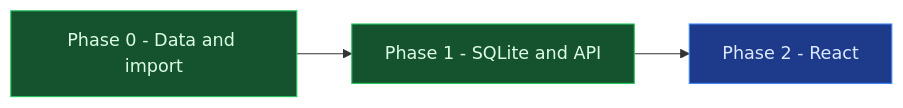
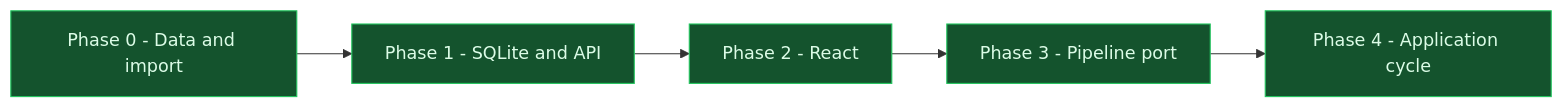
One commit to HDias/job-search changed the diagram in docs/roadmap.md. Above: the diagram before and after it, drawn with Mermaid. The commit also changed other lines of this file and 115 other files, not shown here.

First line of the commit message:
feat: pipeline port phases 3-4 and job workflow improvements (#6)

````diff
--- a/docs/roadmap.md
+++ b/docs/roadmap.md
@@ -5,11 +5,15 @@
 ```mermaid
 flowchart LR
   F0["Phase 0 - Data and import"]:::done
   F1["Phase 1 - SQLite and API"]:::done
-  F2["Phase 2 - React"]:::active
+  F2["Phase 2 - React"]:::done
+  F3["Phase 3 - Pipeline port"]:::done
+  F4["Phase 4 - Application cycle"]:::done
 
   F0 --> F1 --> F2
+  F2 --> F3
+  F3 --> F4
 
   classDef done fill:#14532d,stroke:#22c55e,color:#dcfce7
   classDef active fill:#1e3a8a,stroke:#3b82f6,color:#dbeafe
 ```
````
